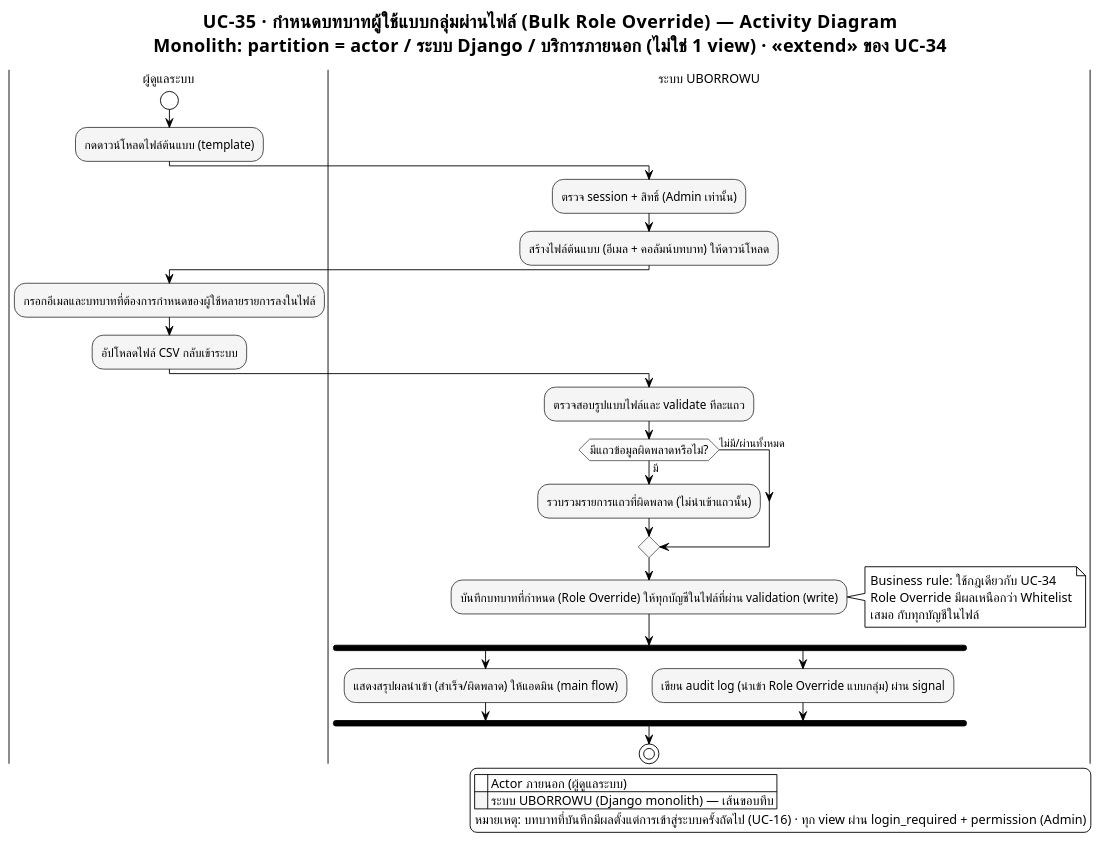
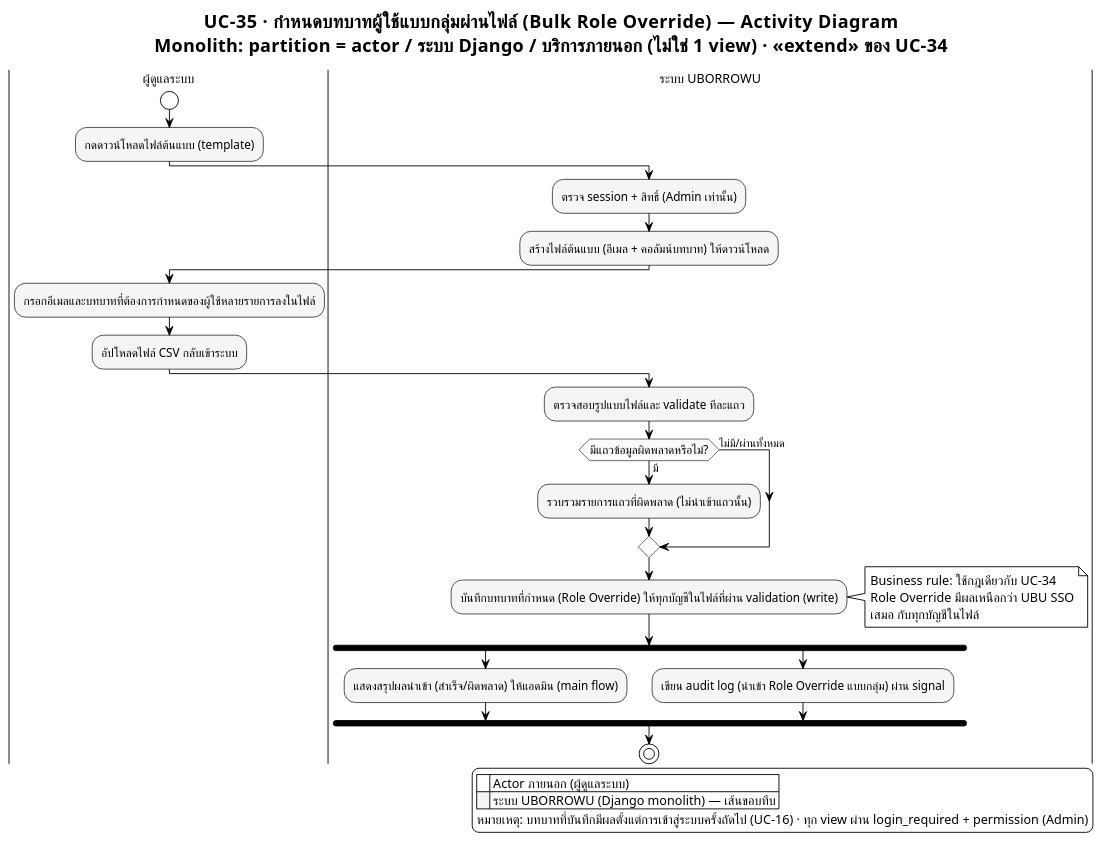
Before and after one commit to patlnwza-007/project-2569: the diagram in proposal/usecase/activity_module10_uc35.puml, drawn with PlantUML. The commit also changed 23 other files, not shown here.

```diff
--- a/proposal/usecase/activity_module10_uc35.puml
+++ b/proposal/usecase/activity_module10_uc35.puml
@@ -1,81 +1,81 @@
 @startuml activity_module10_uc35
 ' ══════════════════════════════════════════════════════════════════
 ' รองรับภาษาไทย — อ่านก่อน render:
 ' 1. บันทึกไฟล์นี้เป็น UTF-8 (ไม่ต้องมี BOM) เสมอ
 ' 2. ถ้า render ผ่าน CLI (plantuml.jar) ต้องระบุ flag encoding ด้วย:
 '      java -Dfile.encoding=UTF-8 -jar plantuml.jar -charset UTF-8 activity_admin_panel_uc35_role_override_bulk_import.puml
 ' 3. บังคับใช้ Smetana (pure-Java layout engine) แทน Graphviz/dot
 '    เพราะ Graphviz บางระบบ (โดยเฉพาะ Windows) อ่าน UTF-8 ไม่ตรง ทำให้ตัวอักษรไทยเพี้ยน/หาย
 !pragma layout smetana
 ' 4. ฟอนต์ที่มีสระ/วรรณยุกต์ไทยครบและ render ผ่าน Java ได้เสถียร
 '    - Windows: "TH Sarabun New" (ฟอนต์มาตรฐานราชการ) หรือ "Tahoma" (มากับเครื่องอยู่แล้ว)
 '    - Linux / PlantUML online server: เปลี่ยนเป็น "Noto Sans Thai" หรือ "Loma"
 skinparam defaultFontName "TH Sarabun New"
 skinparam defaultFontSize 14
 ' ══════════════════════════════════════════════════════════════════
 
 !theme plain
 skinparam titleFontName "TH Sarabun New"
 skinparam titleFontSize 20
 skinparam noteFontName "TH Sarabun New"
 skinparam ArrowFontName "TH Sarabun New"
 skinparam ArrowFontSize 12
 skinparam swimlaneTitleFontName "TH Sarabun New"
 skinparam swimlaneTitleFontSize 14
 
 ' ===== Monochrome เท่านั้น — ห้ามให้แต่ละ partition มีสีต่างกัน =====
 skinparam activity {
   BackgroundColor #F5F5F5
   BorderColor #424242
   FontName "TH Sarabun New"
   FontSize 13
   DiamondBackgroundColor #FAFAFA
   DiamondBorderColor #616161
 }
 
 title UC-35 · กำหนดบทบาทผู้ใช้แบบกลุ่มผ่านไฟล์ (Bulk Role Override) — Activity Diagram\nMonolith: partition = actor / ระบบ Django / บริการภายนอก (ไม่ใช่ 1 view) · <<extend>> ของ UC-34
 
 ' ===== Actor ภายนอก (human) ที่ริเริ่มกระบวนการ =====
 ' หมายเหตุ: สมมติว่าแอดมิน login แล้ว (session) — ไม่ต้องวาด OAuth ซ้ำใน flow นี้
 |ผู้ดูแลระบบ|
 start
 :กดดาวน์โหลดไฟล์ต้นแบบ (template);
 
 |ระบบ UBORROWU|
 :ตรวจ session + สิทธิ์ (Admin เท่านั้น);
 :สร้างไฟล์ต้นแบบ (อีเมล + คอลัมน์บทบาท) ให้ดาวน์โหลด;
 
 |ผู้ดูแลระบบ|
 :กรอกอีเมลและบทบาทที่ต้องการกำหนดของผู้ใช้หลายรายการลงในไฟล์;
 :อัปโหลดไฟล์ CSV กลับเข้าระบบ;
 
 |ระบบ UBORROWU|
 :ตรวจสอบรูปแบบไฟล์และ validate ทีละแถว;
 
 if (มีแถวข้อมูลผิดพลาดหรือไม่?) then (มี)
   :รวบรวมรายการแถวที่ผิดพลาด (ไม่นำเข้าแถวนั้น);
 else (ไม่มี/ผ่านทั้งหมด)
 endif
 
 :บันทึกบทบาทที่กำหนด (Role Override) ให้ทุกบัญชีในไฟล์ที่ผ่าน validation (write);
 note right
   Business rule: ใช้กฎเดียวกับ UC-34
-  Role Override มีผลเหนือกว่า Whitelist
+  Role Override มีผลเหนือกว่า UBU SSO
   เสมอ กับทุกบัญชีในไฟล์
 end note
 
 fork
   :แสดงสรุปผลนำเข้า (สำเร็จ/ผิดพลาด) ให้แอดมิน (main flow);
 fork again
   :เขียน audit log (นำเข้า Role Override แบบกลุ่ม) ผ่าน signal;
 end fork
 
 stop
 
 legend right
   |<back:white>    </back>| Actor ภายนอก (ผู้ดูแลระบบ) |
   |<back:#F5F5F5>    </back>| ระบบ UBORROWU (Django monolith) — เส้นขอบทึบ |
   หมายเหตุ: บทบาทที่บันทึกมีผลตั้งแต่การเข้าสู่ระบบครั้งถัดไป (UC-16) · ทุก view ผ่าน login_required + permission (Admin)
 endlegend
 
 @enduml
```
